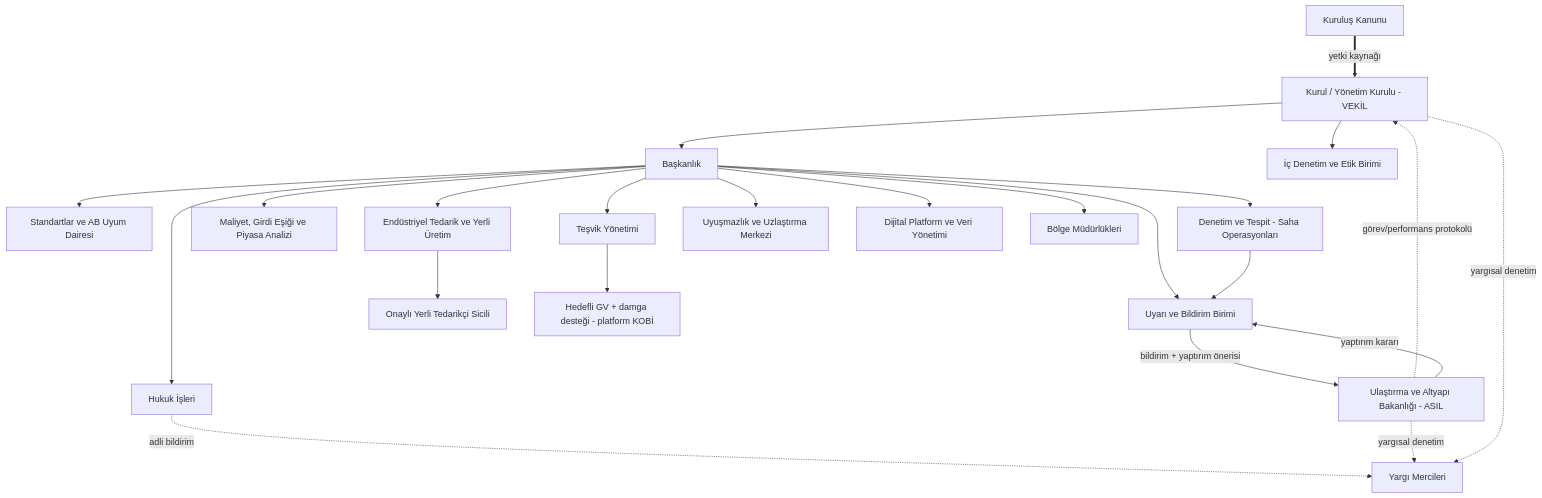
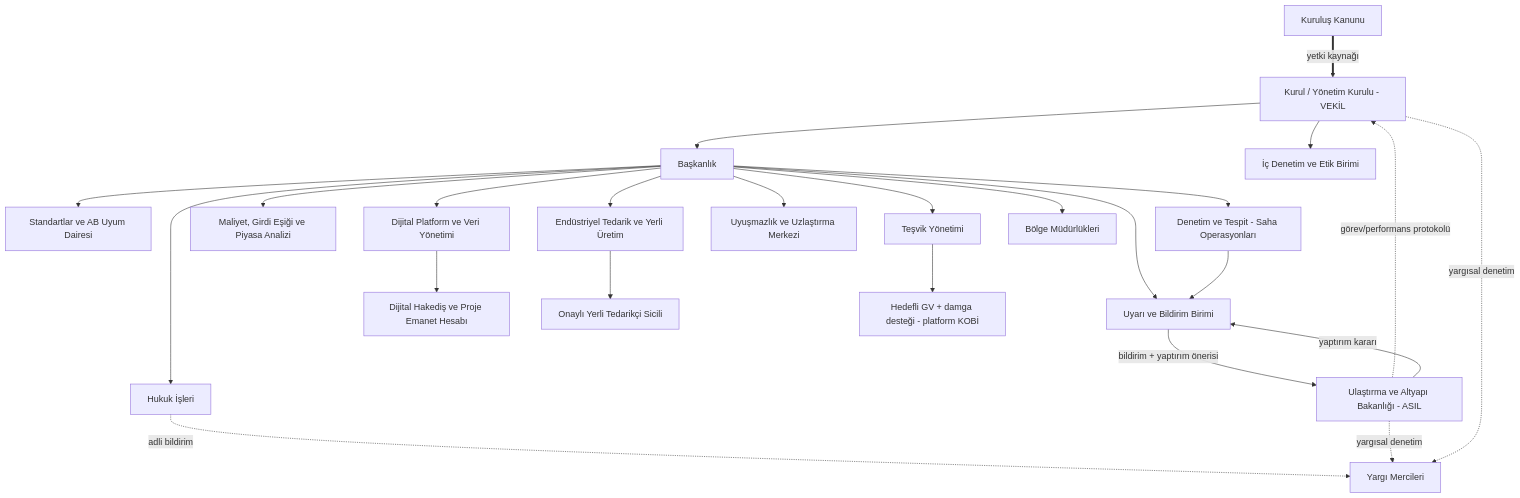
One commit to saydamonur2002-tech/belirsiz changed the second of 2 diagrams in README.md. Above: the diagram before and after it, drawn with Mermaid. The commit also changed other lines of this file and 3 other files, not shown here.

Commit message:
Dijital tahsilat ve hakediş sistemi: TAHSILAT_SISTEMI, README §9.5, §16.2 güncelleme

````diff
--- a/README.md
+++ b/README.md
@@ -244,25 +253,26 @@
 ```mermaid
 flowchart TD
     KK[Kuruluş Kanunu] ==>|yetki kaynağı| K
     B[Ulaştırma ve Altyapı Bakanlığı - ASIL] -. görev/performans protokolü .-> K[Kurul / Yönetim Kurulu - VEKİL]
     K --> BA[Başkanlık]
     K --> ID[İç Denetim ve Etik Birimi]
     BA --> S[Standartlar ve AB Uyum Dairesi]
     BA --> D[Denetim ve Tespit - Saha Operasyonları]
     BA --> BY[Uyarı ve Bildirim Birimi]
     BA --> M[Maliyet, Girdi Eşiği ve Piyasa Analizi]
     BA --> E[Endüstriyel Tedarik ve Yerli Üretim]
     BA --> T[Teşvik Yönetimi]
     BA --> H[Hukuk İşleri]
     BA --> U[Uyuşmazlık ve Uzlaştırma Merkezi]
     BA --> V[Dijital Platform ve Veri Yönetimi]
+    V --> TH[Dijital Hakediş ve Proje Emanet Hesabı]
     BA --> R[Bölge Müdürlükleri]
     E --> TS[Onaylı Yerli Tedarikçi Sicili]
     T --> HD[Hedefli GV + damga desteği - platform KOBİ]
     D --> BY
     BY -->|bildirim + yaptırım önerisi| B
     B -->|yaptırım kararı| BY
     H -. adli bildirim .-> A[Yargı Mercileri]
     B -. yargısal denetim .-> A
     K -. yargısal denetim .-> A
 ```
````
